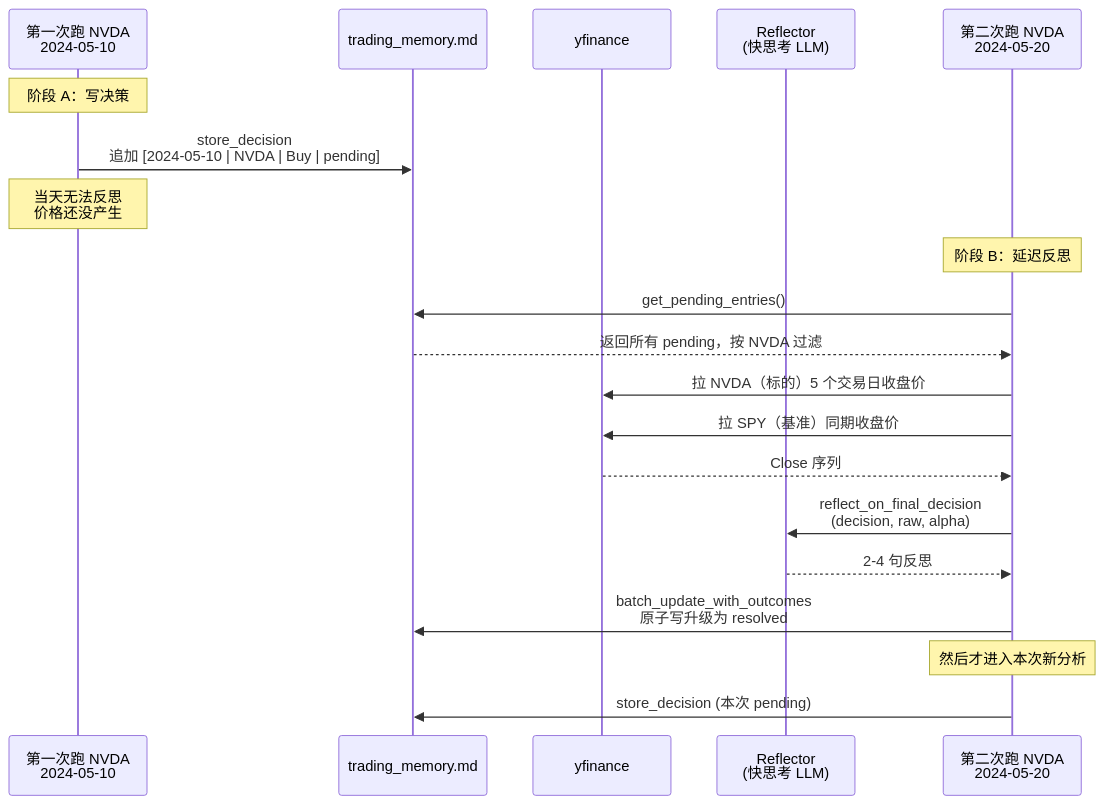
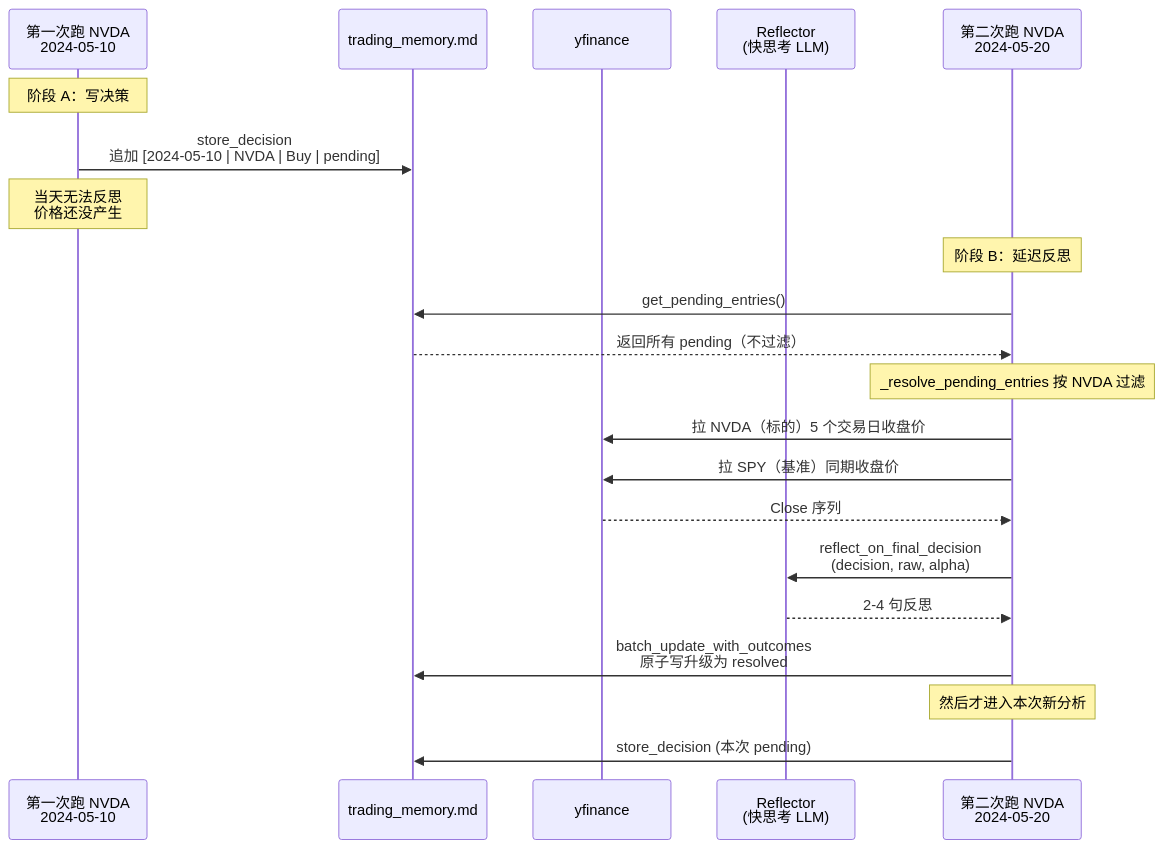
The first of 2 diagrams in docs/cn/06-internals/memory-system.md (A1pha3/TradingAgents), drawn with Mermaid before and after one commit. The commit also changed other lines of this file and 18 other files, not shown here.

````diff
--- a/docs/cn/06-internals/memory-system.md
+++ b/docs/cn/06-internals/memory-system.md
@@ -23,24 +23,25 @@
 ```mermaid
 sequenceDiagram
     participant Run1 as 第一次跑 NVDA<br/>2024-05-10
     participant Log as trading_memory.md
     participant YF as yfinance
     participant Refl as Reflector<br/>(快思考 LLM)
     participant Run2 as 第二次跑 NVDA<br/>2024-05-20
 
     Note over Run1: 阶段 A：写决策
     Run1->>Log: store_decision<br/>追加 [2024-05-10 | NVDA | Buy | pending]
     Note over Run1: 当天无法反思<br/>价格还没产生
 
     Note over Run2: 阶段 B：延迟反思
     Run2->>Log: get_pending_entries()
-    Log-->>Run2: 返回所有 pending，按 NVDA 过滤
+    Log-->>Run2: 返回所有 pending（不过滤）
+    Note over Run2: _resolve_pending_entries 按 NVDA 过滤
     Run2->>YF: 拉 NVDA（标的）5 个交易日收盘价
     Run2->>YF: 拉 SPY（基准）同期收盘价
     YF-->>Run2: Close 序列
     Run2->>Refl: reflect_on_final_decision<br/>(decision, raw, alpha)
     Refl-->>Run2: 2-4 句反思
     Run2->>Log: batch_update_with_outcomes<br/>原子写升级为 resolved
     Note over Run2: 然后才进入本次新分析
     Run2->>Log: store_decision (本次 pending)
 ```
````
